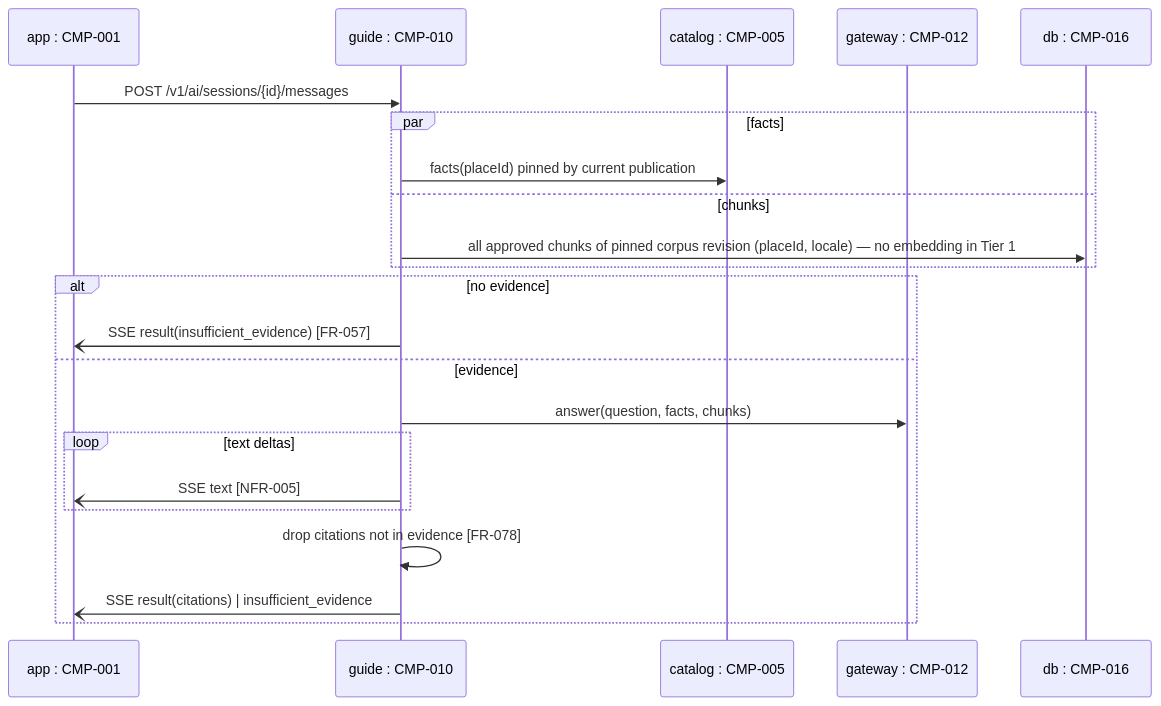
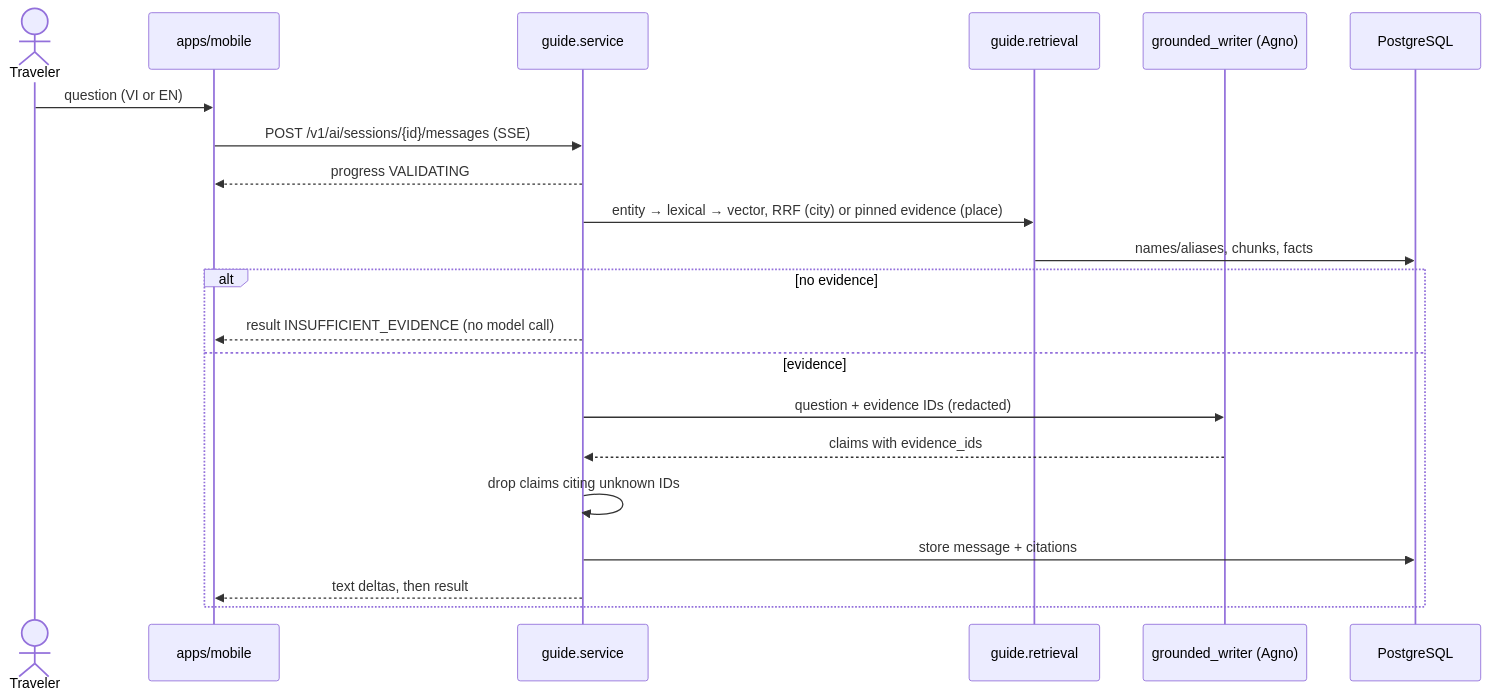
One commit to lnt-h/fyp_dana changed the fourth of 4 diagrams in docs/04-design/diagrams/README.md. Above: the diagram before and after it, drawn with Mermaid. The commit also changed other lines of this file and 40 other files, not shown here.

First line of the commit message:
docs: condense to one current Đà Nẵng set, keeping document names (DEC-029)

````diff
--- a/docs/04-design/diagrams/README.md
+++ b/docs/04-design/diagrams/README.md
@@ -178,24 +102,23 @@
 ```mermaid
 sequenceDiagram
-    participant APP as app : CMP-001
-    participant GD as guide : CMP-010
-    participant CAT as catalog : CMP-005
-    participant AI as gateway : CMP-012
-    participant DB as db : CMP-016
-    APP->>GD: POST /v1/ai/sessions/{id}/messages
-    par facts
-        GD->>CAT: facts(placeId) pinned by current publication
-    and chunks
-        GD->>DB: all approved chunks of pinned corpus revision (placeId, locale) — no embedding in Tier 1
-    end
+    actor T as Traveler
+    participant APP as apps/mobile
+    participant GS as guide.service
+    participant RET as guide.retrieval
+    participant WR as grounded_writer (Agno)
+    participant DB as PostgreSQL
+    T->>APP: question (VI or EN)
+    APP->>GS: POST /v1/ai/sessions/{id}/messages (SSE)
+    GS-->>APP: progress VALIDATING
+    GS->>RET: entity → lexical → vector, RRF (city) or pinned evidence (place)
+    RET->>DB: names/aliases, chunks, facts
     alt no evidence
-        GD-)APP: SSE result(insufficient_evidence) [FR-057]
+        GS-->>APP: result INSUFFICIENT_EVIDENCE (no model call)
     else evidence
-        GD->>AI: answer(question, facts, chunks)
-        loop text deltas
-            GD-)APP: SSE text [NFR-005]
-        end
-        GD->>GD: drop citations not in evidence [FR-078]
-        GD-)APP: SSE result(citations) | insufficient_evidence
+        GS->>WR: question + evidence IDs (redacted)
+        WR-->>GS: claims with evidence_ids
+        GS->>GS: drop claims citing unknown IDs
+        GS->>DB: store message + citations
+        GS-->>APP: text deltas, then result
     end
 ```
````
